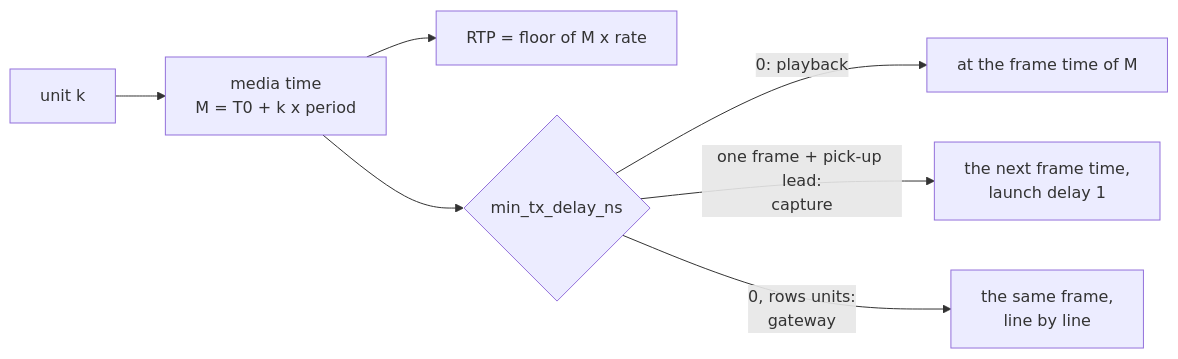
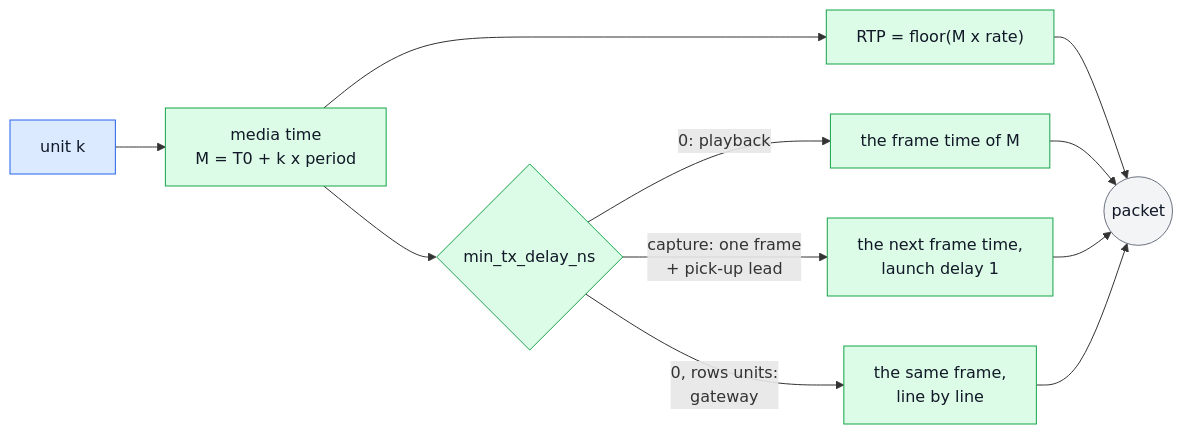
Before and after one commit to Sakoram/Media-Transport-Library: the seventh of 7 diagrams in doc/unified-api/concepts.md, drawn with Mermaid. The commit also changed other lines of this file and 15 other files, not shown here.

First line of the commit message:
Docs: Move the unified API diagrams into their topic documents

````diff
--- a/doc/unified-api/concepts.md
+++ b/doc/unified-api/concepts.md
@@ -608,9 +692,16 @@
 ```mermaid
 flowchart LR
-    K["unit k"] --> M["media time<br/>M = T0 + k x period"]
-    M --> RTP["RTP = floor of M x rate"]
-    M --> D{"min_tx_delay_ns"}
-    D -->|"0: playback"| P["at the frame time of M"]
-    D -->|"one frame + pick-up lead:<br/>capture"| C["the next frame time,<br/>launch delay 1"]
-    D -->|"0, rows units:<br/>gateway"| G["the same frame,<br/>line by line"]
+    K["unit k"]:::app --> M["media time<br/>M = T0 + k x period"]:::mtl
+    M --> RTP["RTP = floor(M x rate)"]:::mtl
+    M --> D{"min_tx_delay_ns"}:::mtl
+    D -->|"0: playback"| P["the frame time of M"]:::mtl
+    D -->|"capture: one frame<br/>+ pick-up lead"| C["the next frame time,<br/>launch delay 1"]:::mtl
+    D -->|"0, rows units:<br/>gateway"| G["the same frame,<br/>line by line"]:::mtl
+    RTP --> W(("packet")):::net
+    P --> W
+    C --> W
+    G --> W
+    classDef app fill:#dbeafe,stroke:#2563eb,color:#111827
+    classDef mtl fill:#dcfce7,stroke:#16a34a,color:#111827
+    classDef net fill:#f3f4f6,stroke:#6b7280,color:#111827
 ```
````
